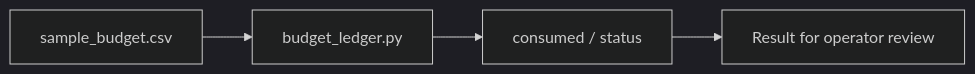
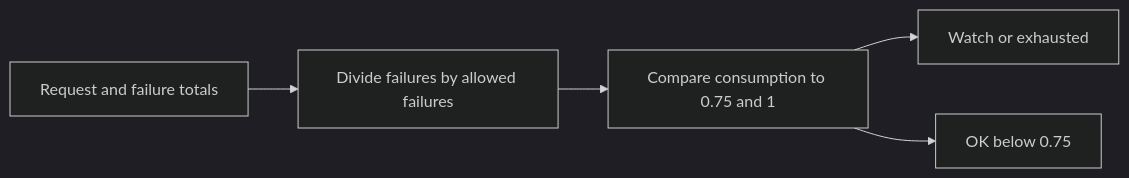
Before and after one commit to Klokesh493/inference-error-budget-ledger: the diagram in docs/ARCHITECTURE.md, drawn with Mermaid (dark theme). The commit also changed 1 other file, not shown here.

Commit message:
Show the project decision flow in its README

````diff
--- a/docs/ARCHITECTURE.md
+++ b/docs/ARCHITECTURE.md
@@ -5,8 +5,11 @@
 ```mermaid
 flowchart LR
-    N0["sample_budget.csv"]
-    N1["budget_ledger.py"]
-    N2["consumed / status"]
-    N3["Result for operator review"]
-    N0 --> N1 --> N2 --> N3
+    A["Request and failure totals"]
+    B["Divide failures by allowed failures"]
+    C["Compare consumption to 0.75 and 1"]
+    D["Watch or exhausted"]
+    E["OK below 0.75"]
+    A --> B --> C
+    C --> D
+    C --> E
 ```
````
